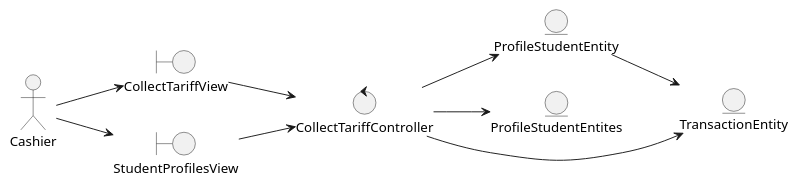
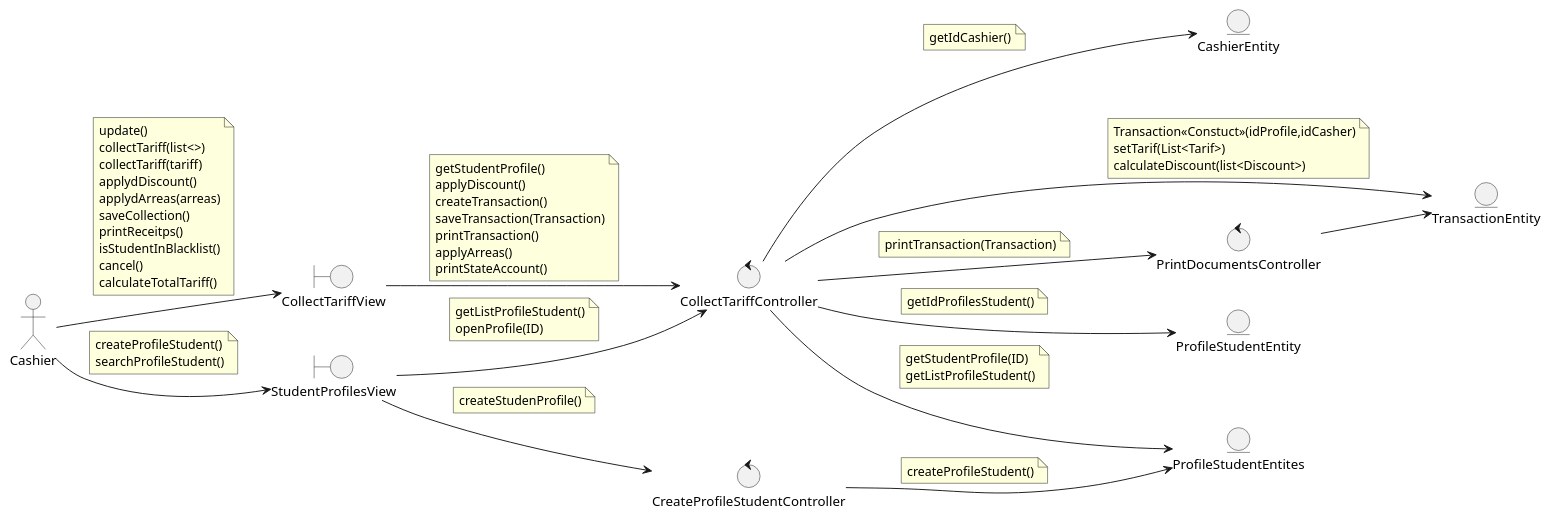
One commit to wsmcbl/wsmcbl.doc changed the diagram in DesignView/AnalysisView/UseCaseAnalysis/CU03.CollectTariffs/Collaboration.CU03.Analysis.puml. Above: the diagram before and after it, drawn with PlantUML. The commit also changed 5 other files, not shown here.

Commit message:
Update Diagram UseCase Analysis

```diff
--- a/DesignView/AnalysisView/UseCaseAnalysis/CU03.CollectTariffs/Collaboration.CU03.Analysis.puml
+++ b/DesignView/AnalysisView/UseCaseAnalysis/CU03.CollectTariffs/Collaboration.CU03.Analysis.puml
@@ -1,27 +1,87 @@
 @startuml
 left to right direction
 
 actor Cashier
 
 boundary CollectTariffView
 boundary StudentProfilesView
 
 control CollectTariffController
+control CreateProfileStudentController
+control PrintDocumentsController
 
 entity ProfileStudentEntity
 entity ProfileStudentEntites
 entity TransactionEntity
+entity CashierEntity
 
 
 Cashier --> CollectTariffView
+note on link
+    update()
+    collectTariff(list<>)
+    collectTariff(tariff)
+    applydDiscount()
+    applydArreas(arreas)
+    saveCollection()
+    printReceitps()
+    isStudentInBlacklist()
+    cancel()
+    calculateTotalTariff()
+end note
 Cashier --> StudentProfilesView
+note on link
+    createProfileStudent()
+    searchProfileStudent()
+end note
 
 CollectTariffView --> CollectTariffController
+note on link
+    getStudentProfile()
+    applyDiscount()
+    createTransaction()
+    saveTransaction(Transaction)
+    printTransaction()
+    applyArreas()
+    printStateAccount()
+end note
 StudentProfilesView --> CollectTariffController
+note on link
+    getListProfileStudent()
+    openProfile(ID)
+end note
+StudentProfilesView --> CreateProfileStudentController
+note on link
+    createStudenProfile()
+end note
 
 CollectTariffController --> ProfileStudentEntites
+note on link
+    getStudentProfile(ID)
+    getListProfileStudent()
+end note
 CollectTariffController --> ProfileStudentEntity
+note on link
+    getIdProfilesStudent()
+end note
 CollectTariffController --> TransactionEntity
+note on link
+    Transaction<<Constuct>>(idProfile,idCasher)
+    setTarif(List<Tarif>)
+    calculateDiscount(list<Discount>)
+end note
+CollectTariffController --> CashierEntity
+note on link
+    getIdCashier()
+end note
+CollectTariffController --> PrintDocumentsController
+note on link
+    printTransaction(Transaction)
+end note
+CreateProfileStudentController --> ProfileStudentEntites
+note on link
+    createProfileStudent()
+end note
 
-ProfileStudentEntity --> TransactionEntity
+PrintDocumentsController --> TransactionEntity
 @enduml
```
